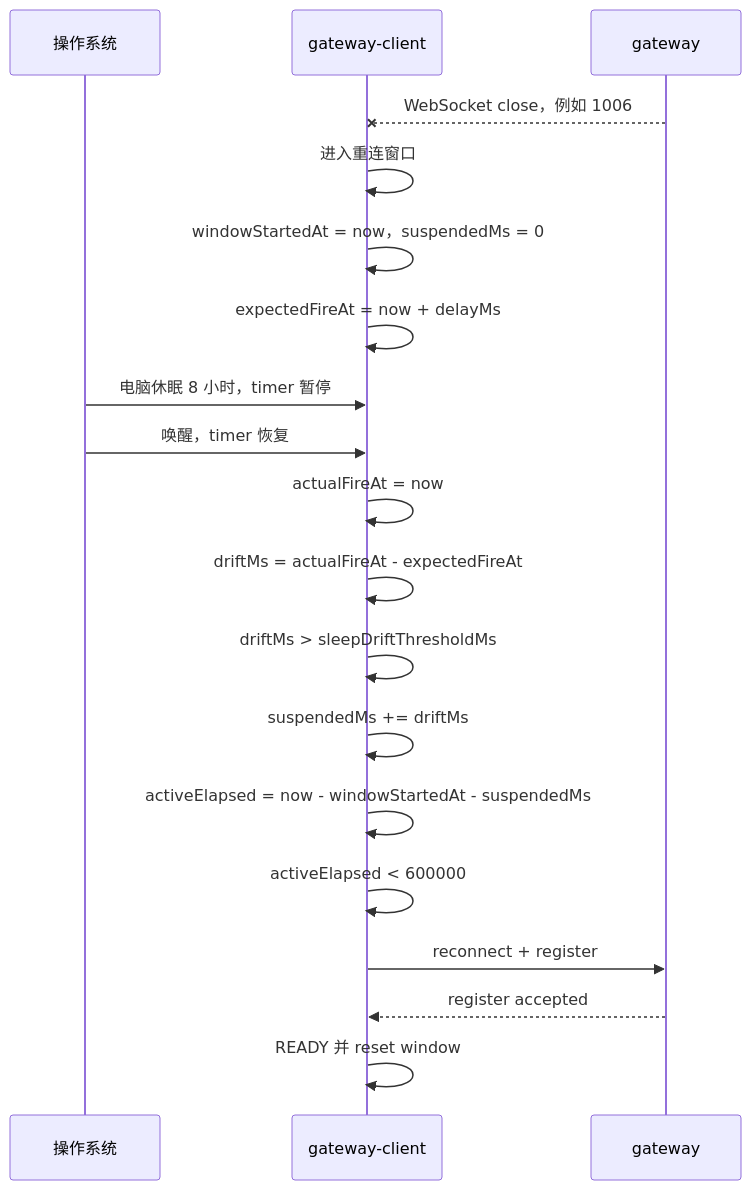
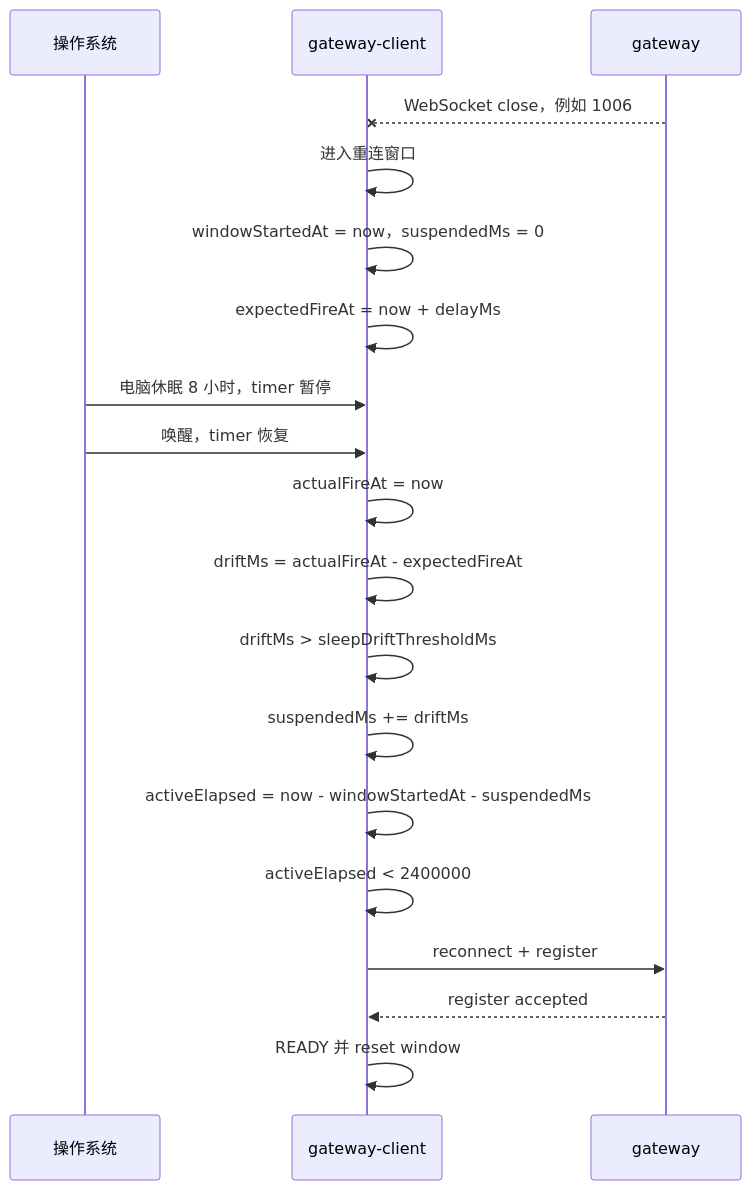
The third of 3 diagrams in docs/design/sdk-gateway-reconnect-active-elapsed-solution.md (yuzhangCZ/agent-plugin), drawn with Mermaid before and after one commit. The commit also changed other lines of this file and 9 other files, not shown here.

````diff
--- a/docs/design/sdk-gateway-reconnect-active-elapsed-solution.md
+++ b/docs/design/sdk-gateway-reconnect-active-elapsed-solution.md
@@ -103,22 +102,22 @@
 ```mermaid
 sequenceDiagram
     participant OS as 操作系统
     participant SDK as gateway-client
     participant Gateway as gateway
 
     Gateway--xSDK: WebSocket close，例如 1006
     SDK->>SDK: 进入重连窗口
     SDK->>SDK: windowStartedAt = now，suspendedMs = 0
     SDK->>SDK: expectedFireAt = now + delayMs
     OS->>SDK: 电脑休眠 8 小时，timer 暂停
     OS->>SDK: 唤醒，timer 恢复
     SDK->>SDK: actualFireAt = now
     SDK->>SDK: driftMs = actualFireAt - expectedFireAt
     SDK->>SDK: driftMs > sleepDriftThresholdMs
     SDK->>SDK: suspendedMs += driftMs
     SDK->>SDK: activeElapsed = now - windowStartedAt - suspendedMs
-    SDK->>SDK: activeElapsed < 600000
+    SDK->>SDK: activeElapsed < 2400000
     SDK->>Gateway: reconnect + register
     Gateway-->>SDK: register accepted
     SDK->>SDK: READY 并 reset window
 ```
````
